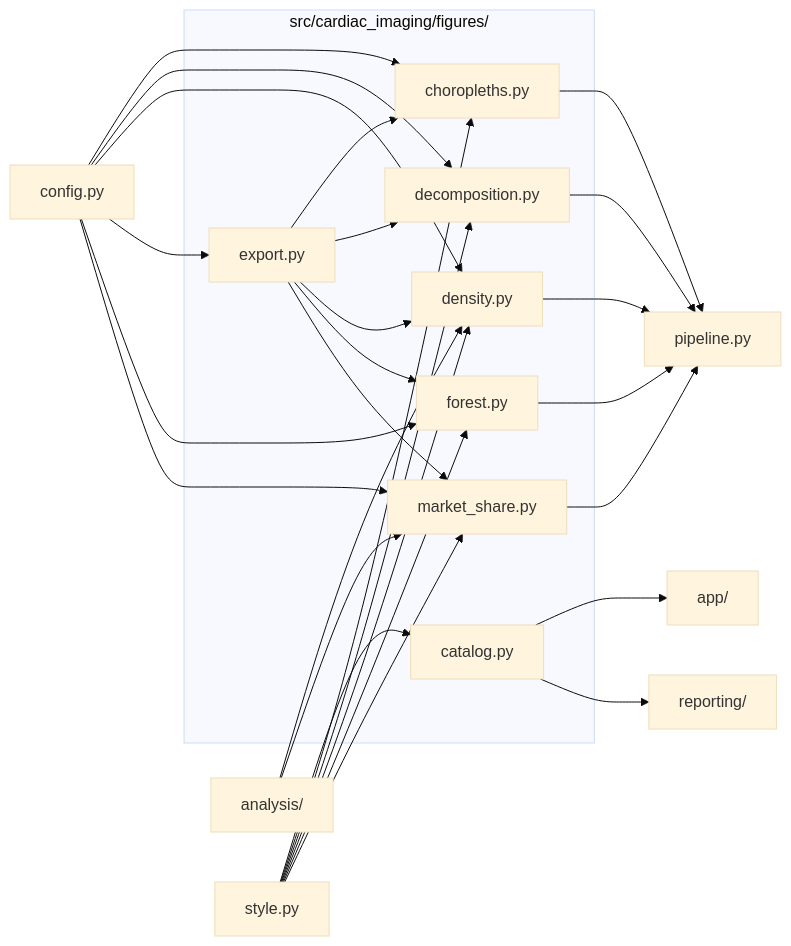
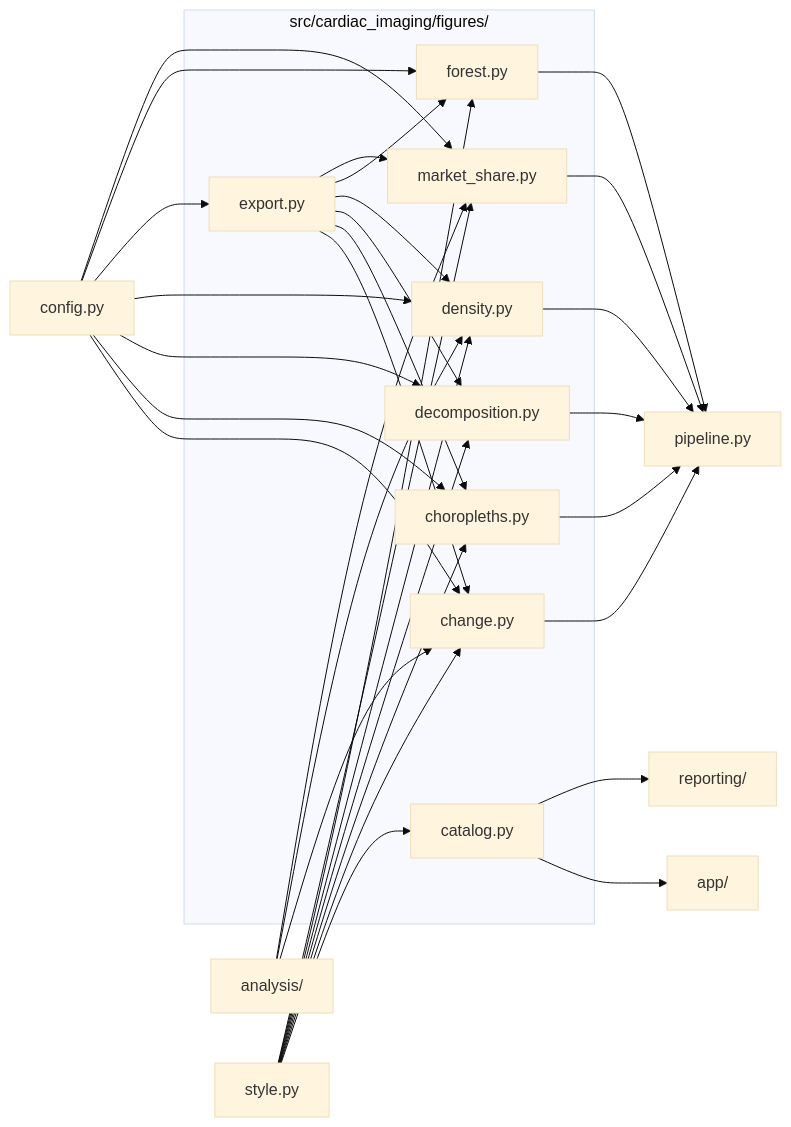
One commit to drsanjna/cardiac-imaging-medicare changed the diagram in src/cardiac_imaging/figures/README.md. Above: the diagram before and after it, drawn with Mermaid (base theme). The commit also changed other lines of this file and 13 other files, not shown here.

First line of the commit message:
Add Figure S6: change in workforce density vs change in CTA rate by state, 2018→2023

````diff
--- a/src/cardiac_imaging/figures/README.md
+++ b/src/cardiac_imaging/figures/README.md
@@ -11,44 +11,50 @@
 ```mermaid
 flowchart LR
   subgraph here["src/cardiac_imaging/figures/"]
     n_catalog_py["catalog.py"]
+    n_change_py["change.py"]
     n_choropleths_py["choropleths.py"]
     n_decomposition_py["decomposition.py"]
     n_density_py["density.py"]
     n_export_py["export.py"]
     n_forest_py["forest.py"]
     n_market_share_py["market_share.py"]
   end
   n_analysis_["analysis/"]
   n_app_["app/"]
   n_config_py["config.py"]
   n_pipeline_py["pipeline.py"]
   n_reporting_["reporting/"]
   n_style_py["style.py"]
+  n_analysis_ --> n_change_py
   n_analysis_ --> n_density_py
   n_analysis_ --> n_market_share_py
   n_catalog_py --> n_app_
   n_catalog_py --> n_reporting_
+  n_change_py --> n_pipeline_py
   n_choropleths_py --> n_pipeline_py
+  n_config_py --> n_change_py
   n_config_py --> n_choropleths_py
   n_config_py --> n_decomposition_py
   n_config_py --> n_density_py
   n_config_py --> n_export_py
   n_config_py --> n_forest_py
   n_config_py --> n_market_share_py
   n_decomposition_py --> n_pipeline_py
   n_density_py --> n_pipeline_py
+  n_export_py --> n_change_py
   n_export_py --> n_choropleths_py
   n_export_py --> n_decomposition_py
   n_export_py --> n_density_py
   n_export_py --> n_forest_py
   n_export_py --> n_market_share_py
   n_forest_py --> n_pipeline_py
   n_market_share_py --> n_pipeline_py
   n_style_py --> n_catalog_py
+  n_style_py --> n_change_py
   n_style_py --> n_choropleths_py
   n_style_py --> n_decomposition_py
   n_style_py --> n_density_py
   n_style_py --> n_forest_py
   n_style_py --> n_market_share_py
 ```
````
